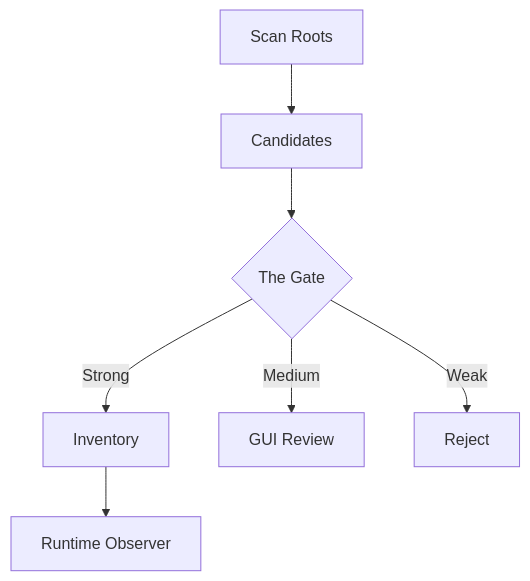
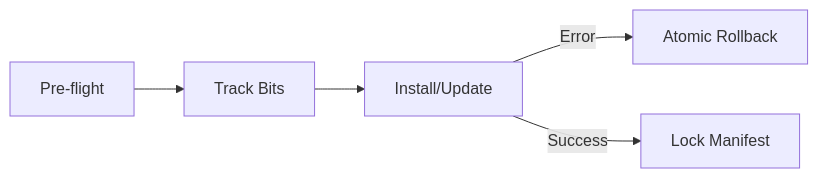
One commit to l00p3rl00p/mcp-server-manager changed the second of 2 diagrams in README.md. Above: the diagram before and after it, drawn with Mermaid. The commit also changed other lines of this file and 8 other files, not shown here.

Commit message:
feat: Re-architect system from local server discovery to a Git repo converter and installer, adding a technical specification and updating related documentation and bootstrap logic.

````diff
--- a/README.md
+++ b/README.md
@@ -49,9 +81,7 @@
 ```mermaid
-graph TD
-    S[Scan Roots] --> C[Candidates]
-    C --> G{The Gate}
-    G -- Strong --> I[Inventory]
-    G -- Medium --> R[GUI Review]
-    G -- Weak --> X[Reject]
-    I --> O[Runtime Observer]
+flowchart LR
+    P[Pre-flight] --> T_Check[Track Bits]
+    T_Check --> Action[Install/Update]
+    Action -- Error --> R[Atomic Rollback]
+    Action -- Success --> C[Lock Manifest]
 ```
````
